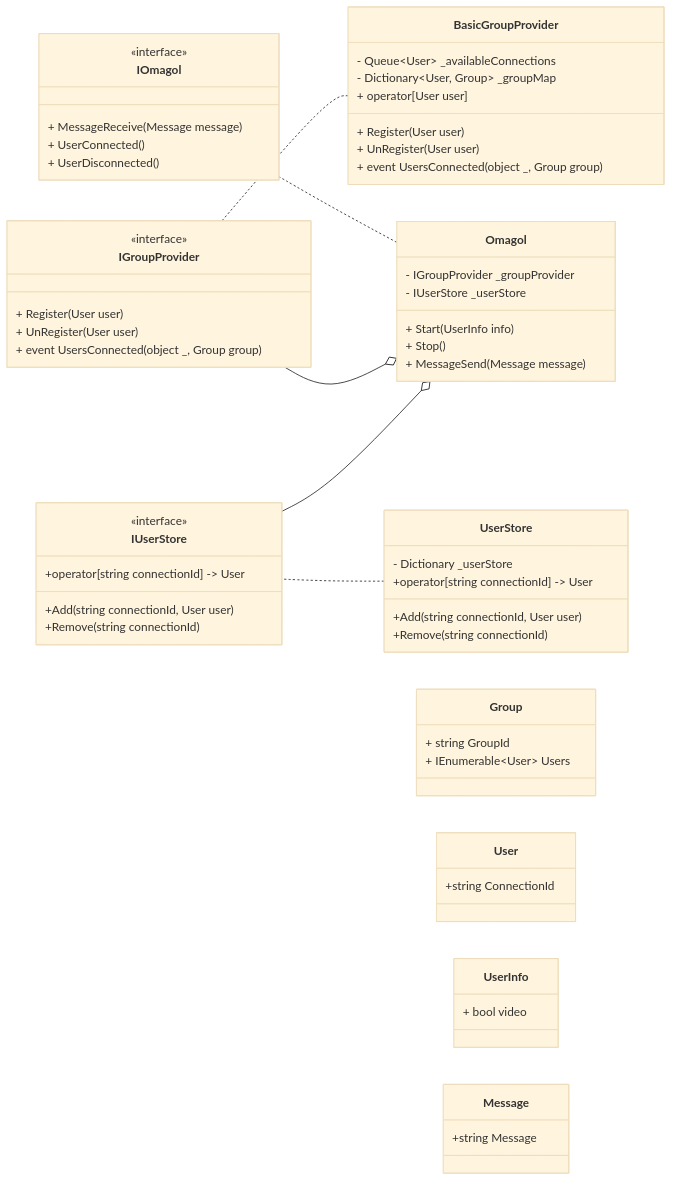
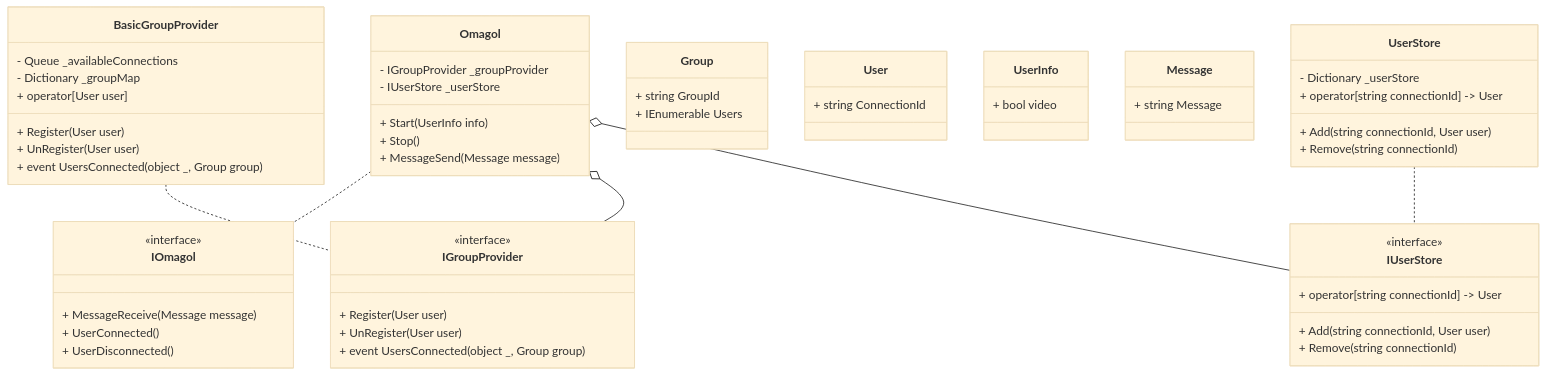
Before and after one commit to Hungerarray/signalR-omagol: the second of 2 diagrams in Docs/omagol.md, drawn with Mermaid (base theme). The commit also changed other lines of this file and 3 other files, not shown here.

````diff
--- a/Docs/omagol.md
+++ b/Docs/omagol.md
@@ -77,73 +77,78 @@
 ```mermaid
-classDiagram 
-  direction RL
+classDiagram
+direction_tb
+
   class IOmagol {
     <<interface>>
     + MessageReceive(Message message)
     + UserConnected()
     + UserDisconnected()
   }
 
   class Omagol {
     - IGroupProvider _groupProvider
     - IUserStore _userStore
     + Start(UserInfo info)
     + Stop()
     + MessageSend(Message message)
   }
-  
-  
+
+
   class IGroupProvider {
     <<interface>>
     + Register(User user)
     + UnRegister(User user)
     + event UsersConnected(object _, Group group)
   }
 
+
+  class IUserStore {
+    <<interface>>
+    + operator[string connectionId] -> User
+    + Add(string connectionId, User user)
+    + Remove(string connectionId)
+  }
+
+
+ class UserStore {
+    - Dictionary<string, User> _userStore
+    + operator[string connectionId] -> User
+    + Add(string connectionId, User user)
+    + Remove(string connectionId)
+  }
+
+  class Group {
+    + string GroupId
+    + IEnumerable<User> Users
+  }
+
+  class User {
+    + string ConnectionId
+  }
+
+  class UserInfo {
+    + bool video
+  }
+
+  class Message {
+    + string Message
+  }
+
   class BasicGroupProvider {
-    - Queue~User~ _availableConnections
-    - Dictionary~User, Group~ _groupMap
+    - Queue<User> _availableConnections
+    - Dictionary<User, Group> _groupMap
     + operator[User user]
     + Register(User user)
     + UnRegister(User user)
     + event UsersConnected(object _, Group group)
   }
 
-  class IUserStore {
-    <<interface>>
-    +operator[string connectionId] -> User
-    +Add(string connectionId, User user)
-    +Remove(string connectionId)
-  }
+BasicGroupProvider .. IGroupProvider
+UserStore .. IUserStore
+Omagol .. IOmagol
+Omagol o-- IGroupProvider
+Omagol o-- IUserStore
 
-  class UserStore {
-    - Dictionary<string, User> _userStore
-    +operator[string connectionId] -> User
-    +Add(string connectionId, User user)
-    +Remove(string connectionId)
-  }
 
-  class Group {
-    + string GroupId
-    + IEnumerable~User~ Users
-  }
-  
-  class User {
-    +string ConnectionId
-  }
-  
-  class UserInfo {
-    + bool video
-  }
-
-  class Message {
-    +string Message
-  }
-
-  BasicGroupProvider .. IGroupProvider
-  UserStore .. IUserStore
-  Omagol .. IOmagol
-  Omagol o-- IGroupProvider
-  Omagol o-- IUserStore 
 
 ```
````
